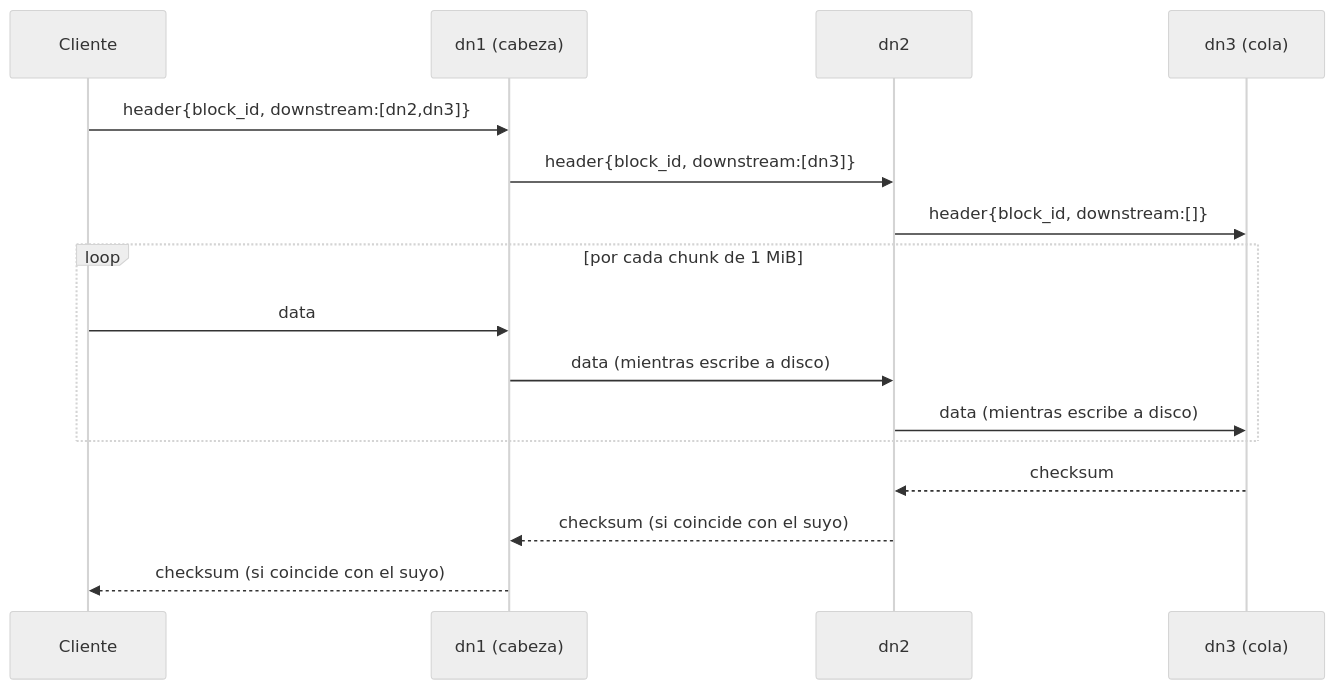
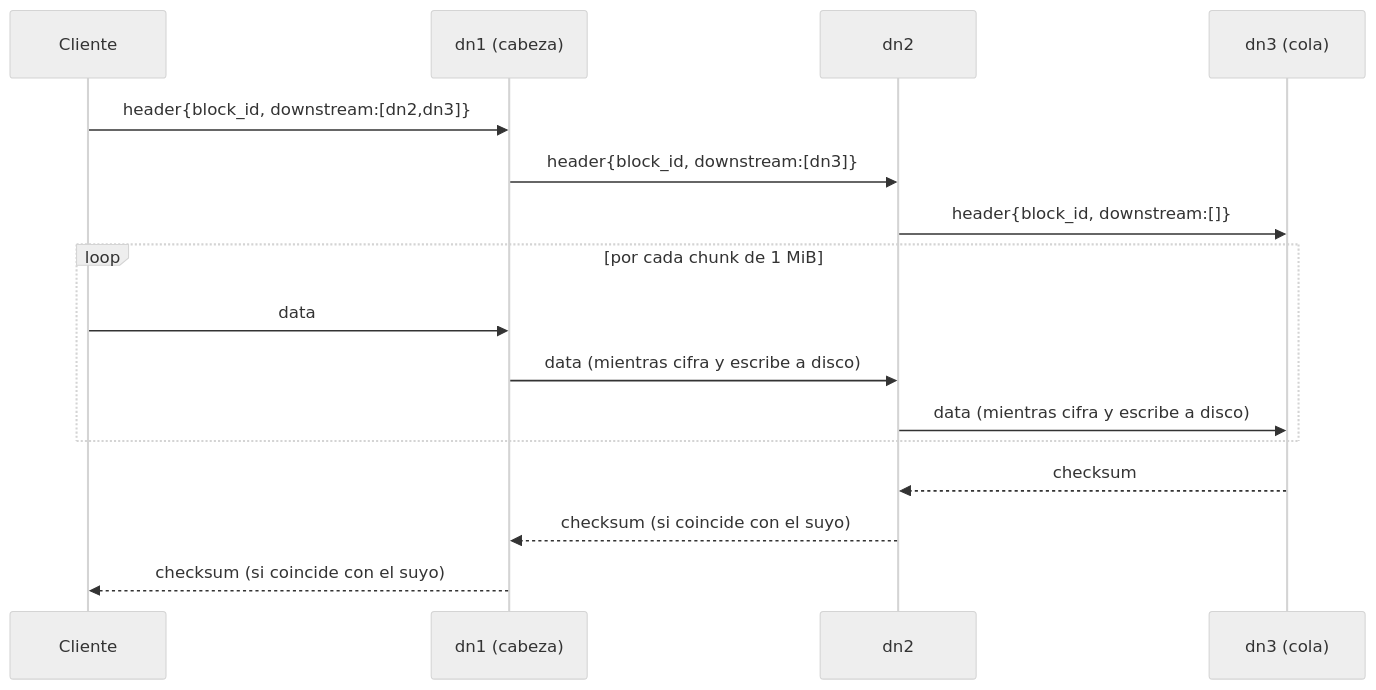
Before and after one commit to JeanArdila711/proyecto1-sd: the third of 6 diagrams in docs/especificacion-comunicaciones.md, drawn with Mermaid (neutral theme). The commit also changed other lines of this file and 4 other files, not shown here.

Commit message:
Documentación al cierre del Hito 3: guía, README, estado, especificación y diagrama

````diff
--- a/docs/especificacion-comunicaciones.md
+++ b/docs/especificacion-comunicaciones.md
@@ -186,18 +257,18 @@
 ```mermaid
 sequenceDiagram
     participant C as Cliente
     participant A as dn1 (cabeza)
     participant B as dn2
     participant D as dn3 (cola)
     C->>A: header{block_id, downstream:[dn2,dn3]}
     A->>B: header{block_id, downstream:[dn3]}
     B->>D: header{block_id, downstream:[]}
     loop por cada chunk de 1 MiB
         C->>A: data
-        A->>B: data (mientras escribe a disco)
-        B->>D: data (mientras escribe a disco)
+        A->>B: data (mientras cifra y escribe a disco)
+        B->>D: data (mientras cifra y escribe a disco)
     end
     D-->>B: checksum
     B-->>A: checksum (si coincide con el suyo)
     A-->>C: checksum (si coincide con el suyo)
 ```
````
